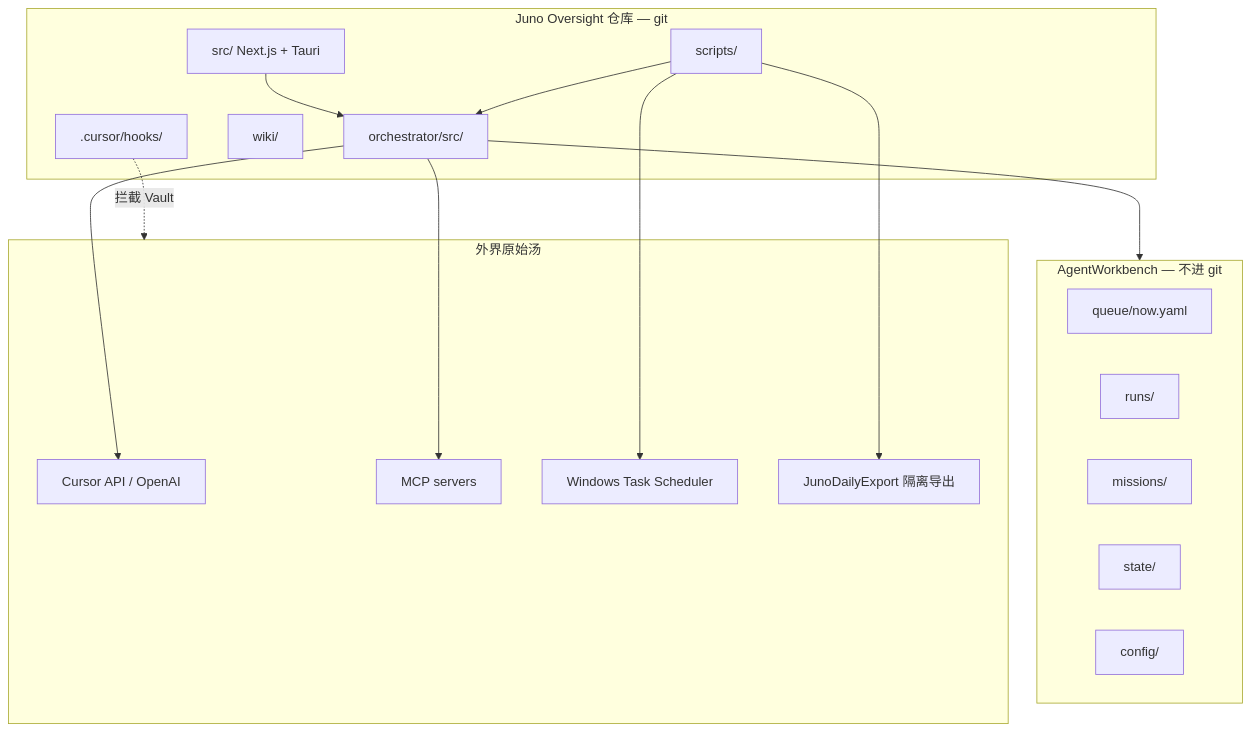
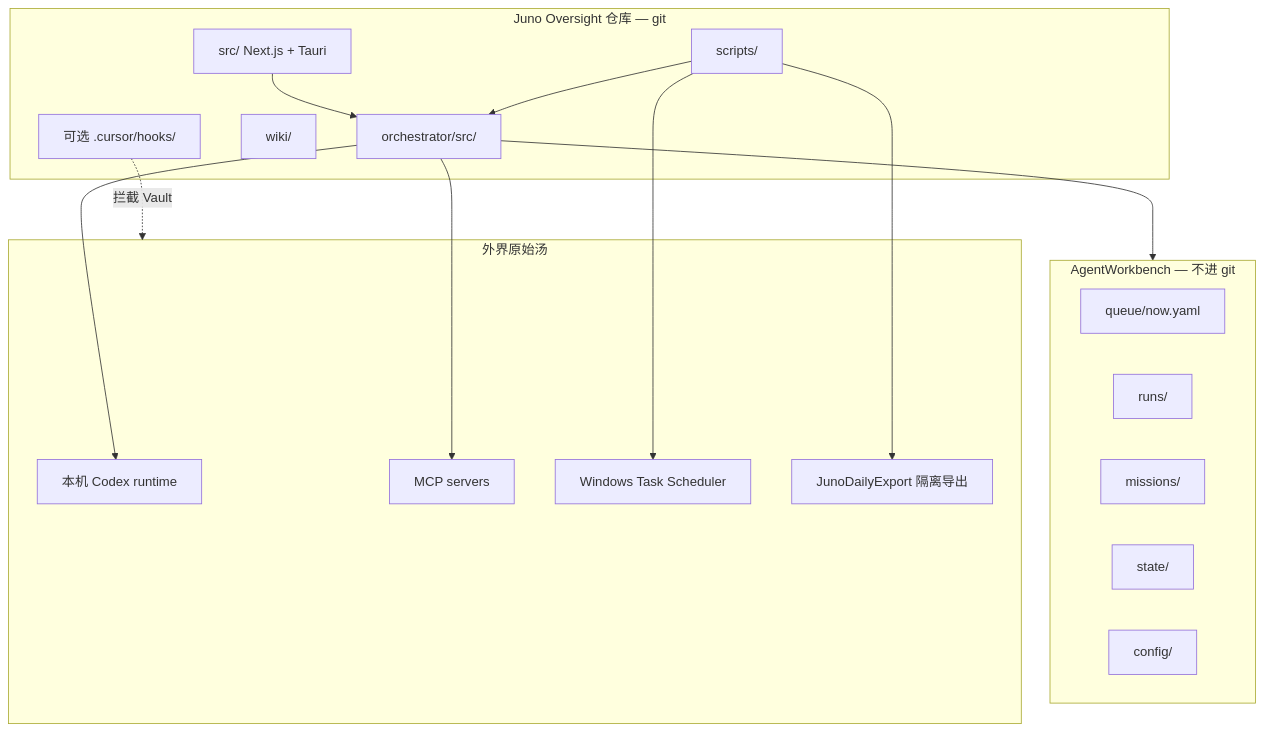
Before and after one commit to FranklinNexus/Juno-Oversight: the first of 4 diagrams in wiki/juno-architecture.md, drawn with Mermaid. The commit also changed other lines of this file and 213 other files, not shown here.

````diff
--- a/wiki/juno-architecture.md
+++ b/wiki/juno-architecture.md
@@ -11,31 +11,31 @@
 ```mermaid
 flowchart TB
   subgraph repo [Juno Oversight 仓库 — git]
     HUD[src/ Next.js + Tauri]
     ORCH[orchestrator/src/]
     SCR[scripts/]
     WIKI[wiki/]
-    HOOKS[.cursor/hooks/]
+    HOOKS[可选 .cursor/hooks/]
   end
   subgraph wb [AgentWorkbench — 不进 git]
     Q[queue/now.yaml]
     RUNS[runs/]
     MISS[missions/]
     ST[state/]
     CFG[config/]
   end
   subgraph external [外界原始汤]
-    API[Cursor API / OpenAI]
+    API[本机 Codex runtime]
     MCP[MCP servers]
     TS[Windows Task Scheduler]
     EXP[JunoDailyExport 隔离导出]
   end
   HUD --> ORCH
   SCR --> ORCH
   ORCH --> wb
   ORCH --> API
   ORCH --> MCP
   SCR --> TS
   SCR --> EXP
   HOOKS -.->|拦截 Vault| external
 ```
````
